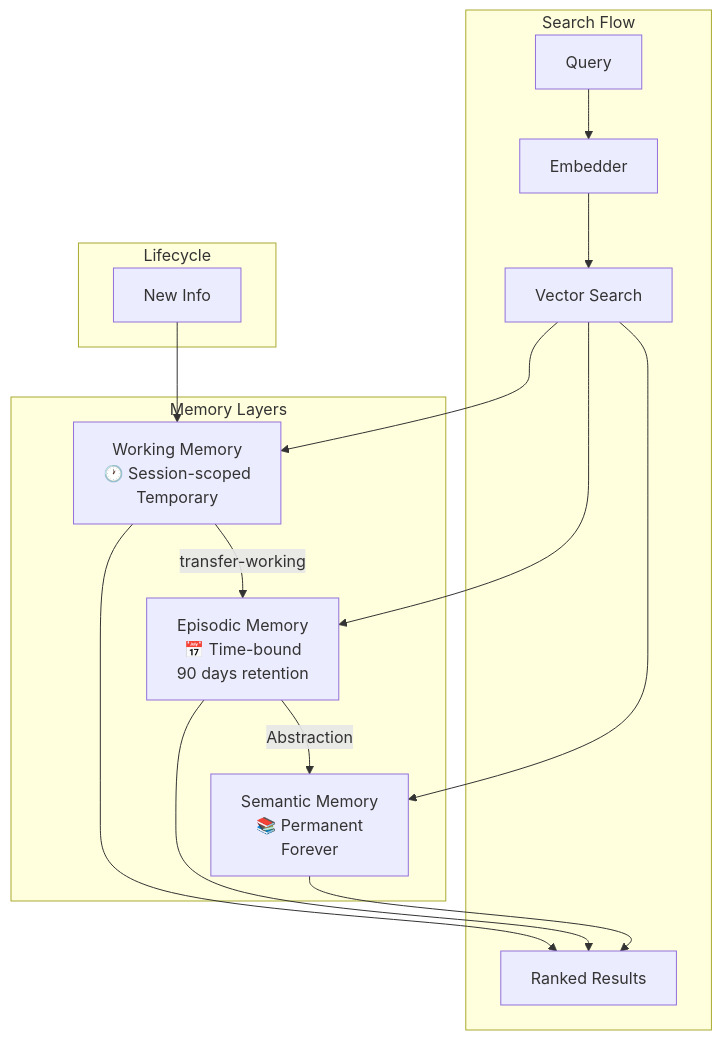
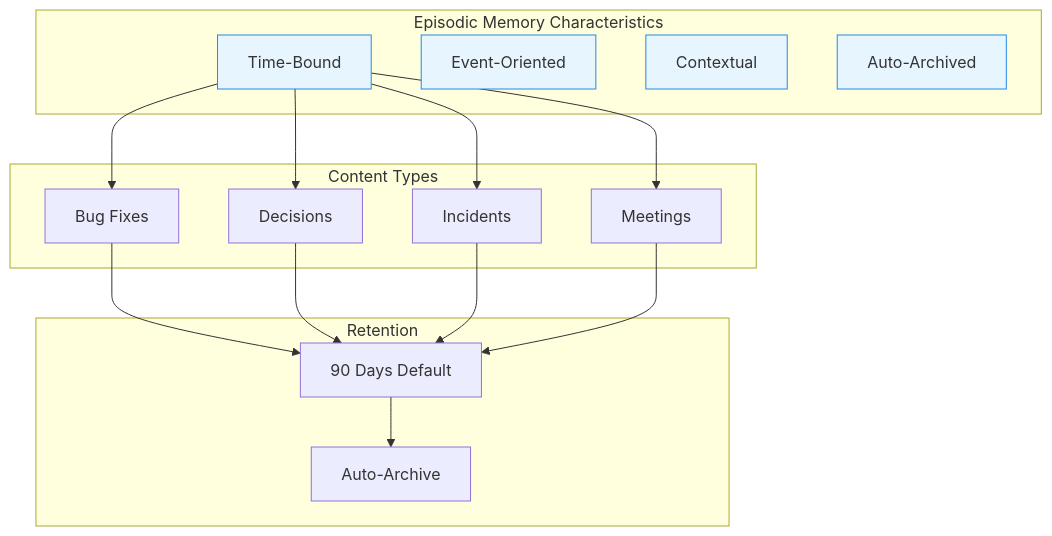
The ninth of 12 diagrams in docs/MEMORY_MODEL.md (fmatsos/cortex), drawn with Mermaid before and after one commit. The commit also changed other lines of this file and 5 other files, not shown here.

First line of the commit message:
docs: comprehensive documentation update with MermaidJS diagrams (#16)

````diff
--- a/docs/MEMORY_MODEL.md
+++ b/docs/MEMORY_MODEL.md
@@ -44,25 +380,36 @@
 ```mermaid
 graph TB
-    subgraph "Memory Layers"
-        W[Working Memory<br/>🕐 Session-scoped<br/>Temporary]
-        E[Episodic Memory<br/>📅 Time-bound<br/>90 days retention]
-        S[Semantic Memory<br/>📚 Permanent<br/>Forever]
+    subgraph "Episodic Memory Characteristics"
+        T1[Time-Bound]
+        T2[Event-Oriented]
+        T3[Contextual]
+        T4[Auto-Archived]
     end
 
-    subgraph "Search Flow"
-        Q[Query] --> EMB[Embedder]
-        EMB --> VS[Vector Search]
-        VS --> W
-        VS --> E
-        VS --> S
-        W --> R[Ranked Results]
-        E --> R
-        S --> R
+    subgraph "Content Types"
+        C1[Bug Fixes]
+        C2[Decisions]
+        C3[Incidents]
+        C4[Meetings]
     end
 
-    subgraph "Lifecycle"
-        NEW[New Info] --> W
-        W -->|transfer-working| E
-        E -->|Abstraction| S
+    subgraph "Retention"
+        R[90 Days Default]
+        R --> A[Auto-Archive]
     end
+
+    T1 --> C1
+    T1 --> C2
+    T1 --> C3
+    T1 --> C4
+
+    C1 --> R
+    C2 --> R
+    C3 --> R
+    C4 --> R
+
+    style T1 fill:#e7f5ff,stroke:#228be6
+    style T2 fill:#e7f5ff,stroke:#228be6
+    style T3 fill:#e7f5ff,stroke:#228be6
+    style T4 fill:#e7f5ff,stroke:#228be6
 ```
````
